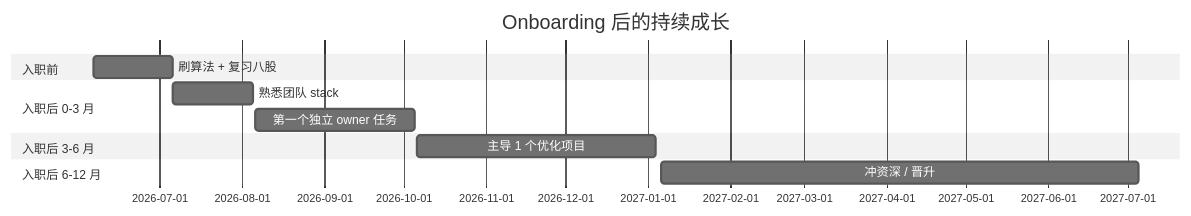
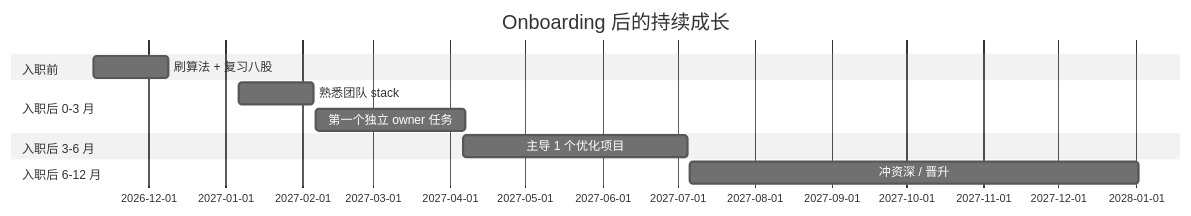
One commit to Xuefei-Zhang/llm-infer-journey changed the eighth of 8 diagrams in 08-job-strategy.md. Above: the diagram before and after it, drawn with Mermaid (neutral theme). The commit also changed other lines of this file and 13 other files, not shown here.

````diff
--- a/08-job-strategy.md
+++ b/08-job-strategy.md
@@ -351,14 +351,14 @@
 ```mermaid
 gantt
     title Onboarding 后的持续成长
     dateFormat YYYY-MM-DD
     section 入职前
-    刷算法 + 复习八股       :2026-06-06, 30d
+    刷算法 + 复习八股       :2026-11-09, 30d
     section 入职后 0-3 月
-    熟悉团队 stack          :2026-07-06, 30d
-    第一个独立 owner 任务   :2026-08-06, 60d
+    熟悉团队 stack          :2027-01-06, 30d
+    第一个独立 owner 任务   :2027-02-06, 60d
     section 入职后 3-6 月
-    主导 1 个优化项目        :2026-10-06, 90d
+    主导 1 个优化项目        :2027-04-06, 90d
     section 入职后 6-12 月
-    冲资深 / 晋升            :2027-01-06, 180d
+    冲资深 / 晋升            :2027-07-06, 180d
 ```
````
